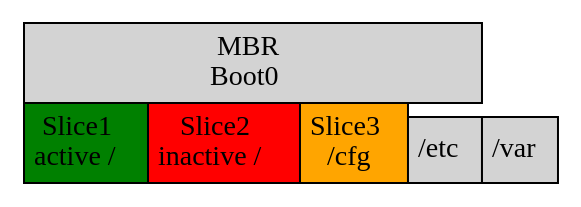
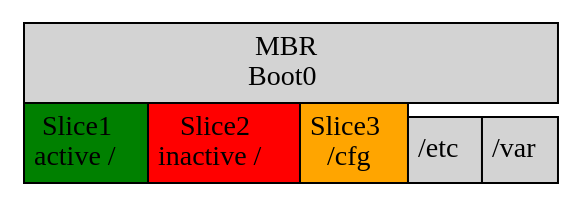
One commit to omussell/homelab changed the diagram in pic/disklayout.gv. Above: the diagram before and after it, drawn with Graphviz. The commit also changed 1 other file, not shown here.

```diff
--- a/pic/disklayout.gv
+++ b/pic/disklayout.gv
@@ -1,17 +1,17 @@
 digraph disklayout {
 	abc [shape=none, margin=0, label=<
 	<TABLE BORDER="0" CELLBORDER="1" CELLSPACING="0" CELLPADDING="4">
 		<TR>
 			<TD COLSPAN="6" BGCOLOR="lightgrey">MBR<BR/>Boot0</TD>
 		</TR>
 		<TR>
 			<TD ROWSPAN="2" BGCOLOR="green">Slice1<BR/>active /</TD>
 			<TD ROWSPAN="2" BGCOLOR="red">Slice2<BR/>inactive /</TD>
 			<TD ROWSPAN="2" BGCOLOR="orange">Slice3<BR/>/cfg</TD>
 		</TR>
 		<TR>
-			<TD COLSPAN="3" BGCOLOR="lightgrey">/etc</TD>
-			<TD COLSPAN="3" BGCOLOR="lightgrey">/var</TD>
+			<TD ROWSPAN="3" BGCOLOR="lightgrey">/etc</TD>
+			<TD ROWSPAN="3" BGCOLOR="lightgrey">/var</TD>
 		</TR>
 	</TABLE>>];
 }
```
